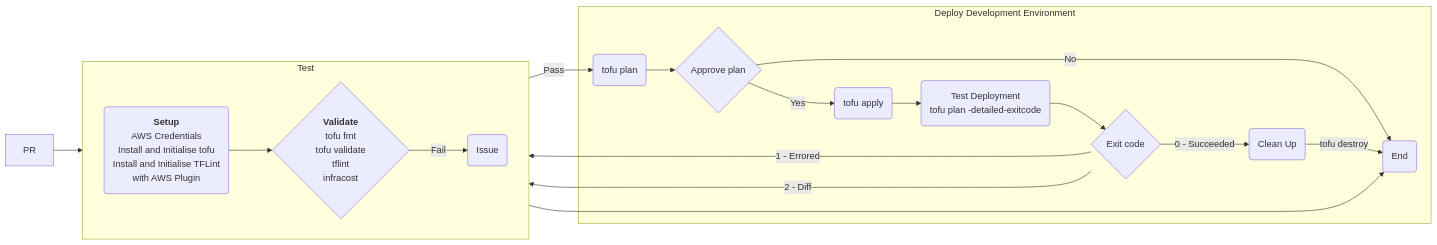
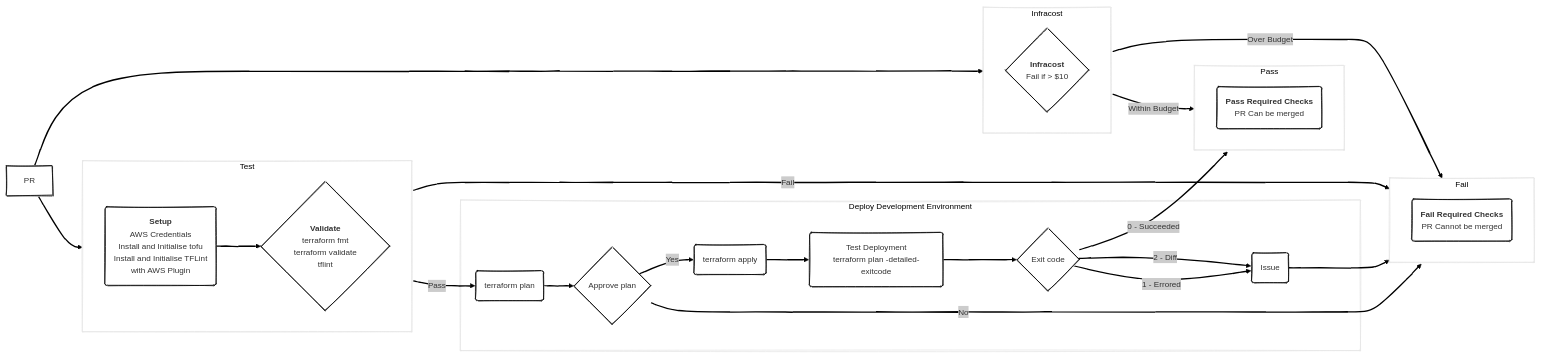
Before and after one commit to rdhar/gitops-2024: the diagram in .github/README.md, drawn with Mermaid. The commit also changed other lines of this file and 8 other files, not shown here.

````diff
--- a/.github/README.md
+++ b/.github/README.md
@@ -26,30 +33,50 @@
 ```mermaid
+---
+config:
+  look: handDrawn
+  theme: neo
+---
 flowchart LR
+  subgraph Fail
+    direction LR
+    F("`**Fail Required Checks**
+    PR Cannot be merged`")
+  end
+  subgraph Pass
+    direction LR
+    P("`**Pass Required Checks**
+    PR Can be merged`")
+  end
+  subgraph Infracost
+    direction LR
+    ic{"`**Infracost**
+    Fail if > $10`"}
+  end
   subgraph Test
     direction LR
     setup("`**Setup**
     AWS Credentials
     Install and Initialise tofu
     Install and Initialise TFLint
     with AWS Plugin`") -->
     validate{"`**Validate**
-    tofu fmt
-    tofu validate
-    tflint
-    infracost`"} -->|Fail|I(Issue)
+    terraform fmt
+    terraform validate
+    tflint`"} -->|Fail|F
   end
   subgraph Deploy [Deploy Development Environment]
-    plan(tofu plan) -->
-    approve{Approve plan} -->|Yes|Y(tofu apply)-->test
-    approve -->|No|H(End)
+    plan(terraform plan) -->
+    approve{Approve plan} -->|Yes|Y(terraform apply)-->test
+    approve -->|No|F
     test("`Test Deployment
-    tofu plan -detailed-exitcode`") -->E{Exit code} -->|0 - Succeeded|G(Clean Up) -->|tofu destroy|H(End)
+    terraform plan -detailed-exitcode`") -->E{Exit code} -->|0 - Succeeded|P
     E -->|1 - Errored|I(Issue)
     E -->|2 - Diff|I(Issue)
-    I -->H
-
+    I -->F
   end
+  PR --> ic
   PR --> Test
   validate -->|Pass|plan
-
+  ic -->|Over Budget|F
+  ic -->|Within Budget|P
 ```
````
